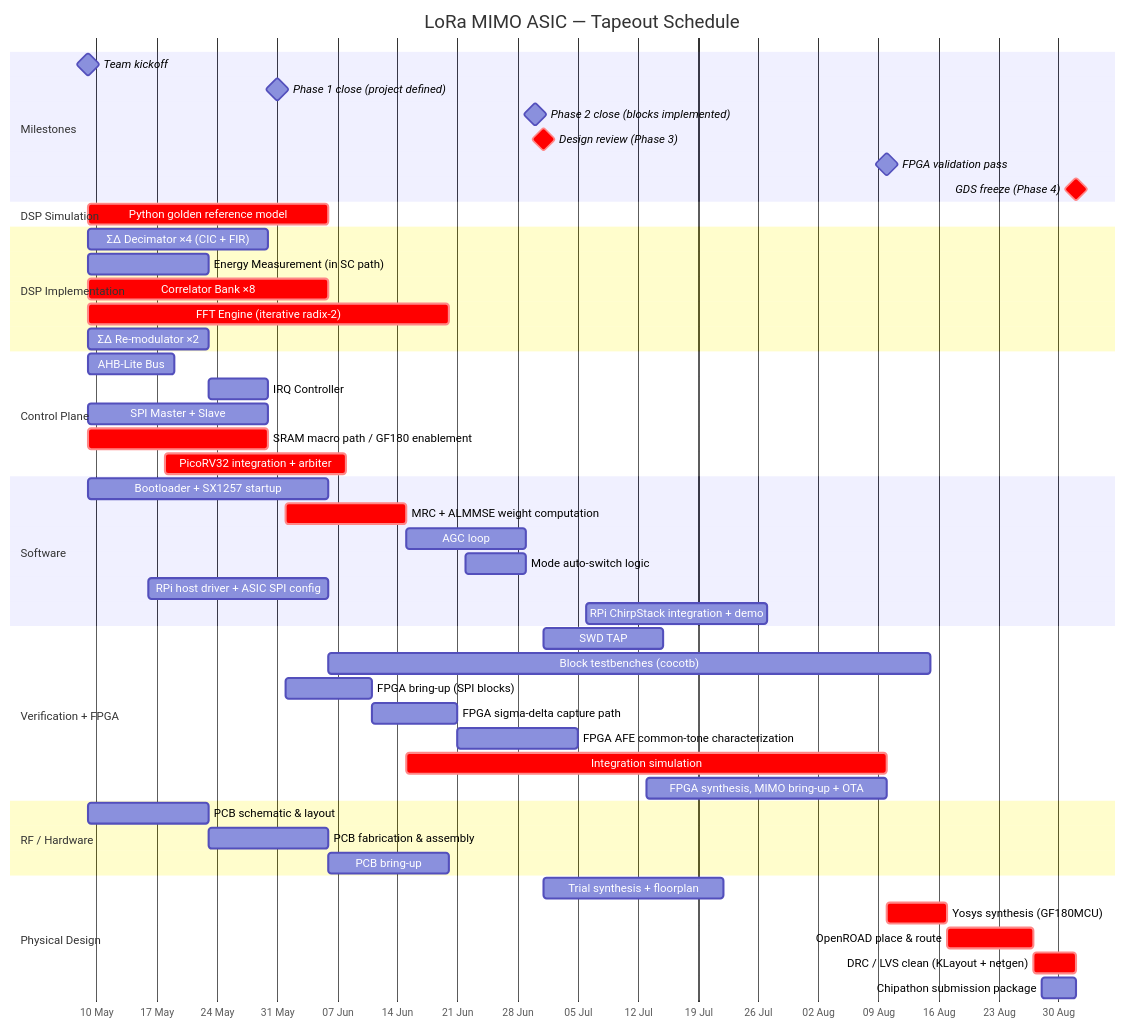
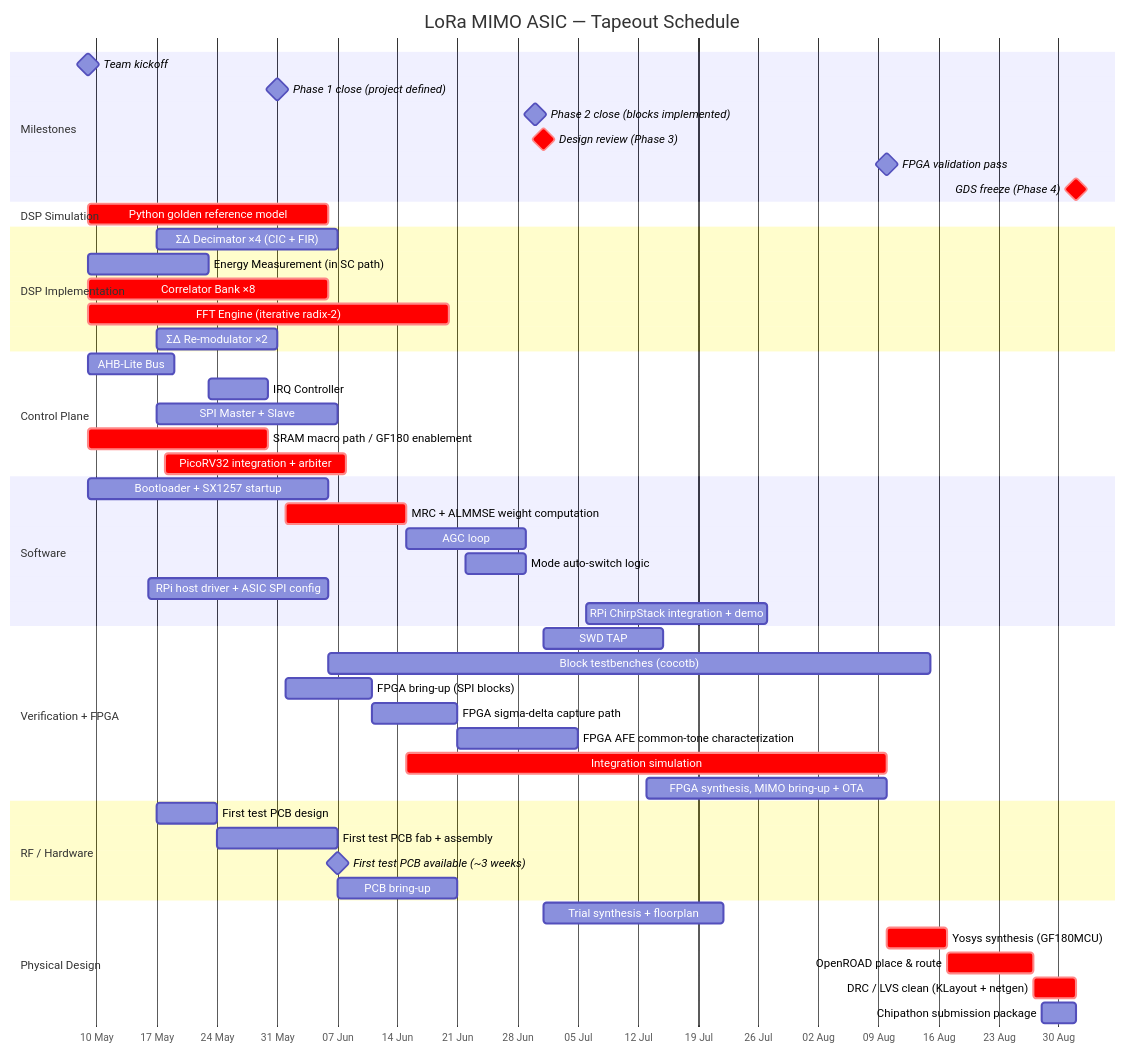
Before and after one commit to Sheffield-Chip-Design-Team/chipathon-2026: the diagram in lora-mimo/planning/Gantt.md, drawn with Mermaid. The commit also changed other lines of this file, not shown here.

Commit message:
Update Gantt schedule assumptions

````diff
--- a/lora-mimo/planning/Gantt.md
+++ b/lora-mimo/planning/Gantt.md
@@ -9,60 +9,61 @@
 ```mermaid
 gantt
     title LoRa MIMO ASIC — Tapeout Schedule
     dateFormat  YYYY-MM-DD
     axisFormat  %d %b
 
     section Milestones
     Team kickoff                         :milestone, m1, 2026-05-09, 0d
     Phase 1 close (project defined)      :milestone, m_p1, 2026-05-31, 0d
     Phase 2 close (blocks implemented)   :milestone, m_p2, 2026-06-30, 0d
     Design review (Phase 3)              :milestone, crit, m2, 2026-07-01, 0d
     FPGA validation pass                 :milestone, m3,     2026-08-10, 0d
     GDS freeze (Phase 4)                 :milestone, crit, m4, 2026-09-01, 0d
 
     section DSP Simulation
     Python golden reference model        :crit, vf1,  2026-05-09, 28d
 
     section DSP Implementation
-    ΣΔ Decimator ×4 (CIC + FIR)         :rx1,  2026-05-09, 21d
+    ΣΔ Decimator ×4 (CIC + FIR)         :rx1,  2026-05-17, 21d
     Energy Measurement (in SC path)     :rx2,  2026-05-09, 14d
     Correlator Bank ×8                   :crit, rx3,  2026-05-09, 28d
     FFT Engine (iterative radix-2)       :crit, rx4,  2026-05-09, 42d
-    ΣΔ Re-modulator ×2                   :rx6,  2026-05-09, 14d
+    ΣΔ Re-modulator ×2                   :rx6,  2026-05-17, 14d
 
     section Control Plane
     AHB-Lite Bus                         :cb4,  2026-05-09, 10d
     IRQ Controller                       :cb3,  2026-05-23, 7d
-    SPI Master + Slave                   :cb1,  2026-05-09, 21d
+    SPI Master + Slave                   :cb1,  2026-05-17, 21d
     SRAM macro path / GF180 enablement   :crit, cm1,  2026-05-09, 21d
     PicoRV32 integration + arbiter       :crit, cm3,  2026-05-18, 21d
 
     section Software
     Bootloader + SX1257 startup          :fw0,  2026-05-09, 28d
     MRC + ALMMSE weight computation      :crit, fw2,  2026-06-01, 14d
     AGC loop                             :fw4,  2026-06-15, 14d
     Mode auto-switch logic               :fw5,  2026-06-22, 7d
     RPi host driver + ASIC SPI config    :fw6,  2026-05-16, 21d
     RPi ChirpStack integration + demo    :fw7,  2026-07-06, 21d
 
     section Verification + FPGA
     SWD TAP                              :cm4,  2026-07-01, 14d
     Block testbenches (cocotb)           :vf2,  after vf1, 70d
     FPGA bring-up (SPI blocks)           :fp0,  2026-06-01, 10d
     FPGA sigma-delta capture path        :fp1,  2026-06-11, 10d
     FPGA AFE common-tone characterization:fp2,  2026-06-21, 14d
     Integration simulation               :crit, vf4,  2026-06-15, 56d
     FPGA synthesis, MIMO bring-up + OTA  :fp3,  2026-07-13, 28d
 
     section RF / Hardware
-    PCB schematic & layout               :hw2,  2026-05-09, 14d
-    PCB fabrication & assembly           :hw3,  2026-05-23, 14d
-    PCB bring-up                         :hw4,  2026-06-06, 14d
+    First test PCB design                :hw2,  2026-05-17, 7d
+    First test PCB fab + assembly        :hw3,  2026-05-24, 14d
+    First test PCB available (~3 weeks)  :milestone, hw4, 2026-06-07, 0d
+    PCB bring-up                         :hw5,  2026-06-07, 14d
 
     section Physical Design
     Trial synthesis + floorplan          :pd0,  2026-07-01, 21d
     Yosys synthesis (GF180MCU)           :crit, pd1,  2026-08-10, 7d
     OpenROAD place & route               :crit, pd2,  2026-08-17, 10d
     DRC / LVS clean (KLayout + netgen)   :crit, pd3,  2026-08-27, 5d
     Chipathon submission package         :pd4,  2026-08-28, 4d
 ```
````
